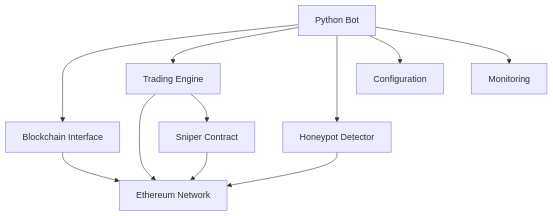
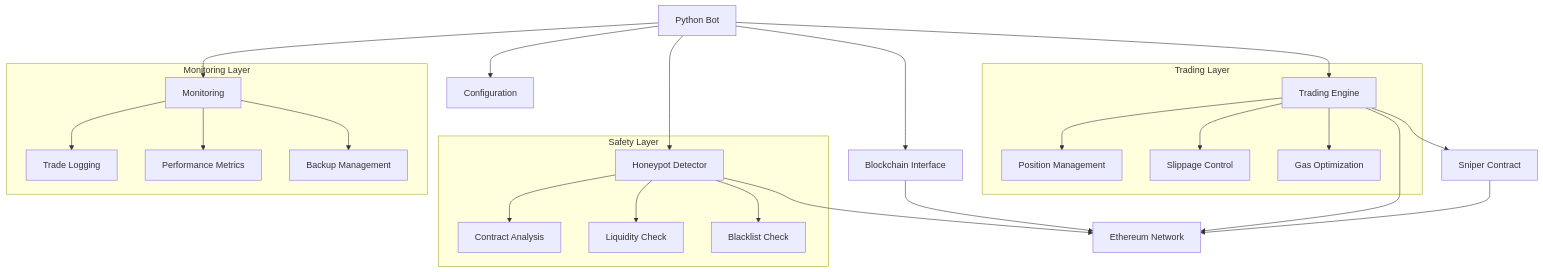
One commit to aljazfrancic/crypto-sniping-bot changed the diagram in docs/architecture.md. Above: the diagram before and after it, drawn with Mermaid. The commit also changed other lines of this file and 2 other files, not shown here.

````diff
--- a/docs/architecture.md
+++ b/docs/architecture.md
@@ -9,15 +9,33 @@
 ```mermaid
 graph TD
     A[Python Bot] --> B[Blockchain Interface]
     A --> C[Trading Engine]
     A --> D[Honeypot Detector]
     A --> E[Configuration]
     A --> F[Monitoring]
     
     B --> G[Ethereum Network]
     C --> G
     D --> G
     
     C --> H[Sniper Contract]
     H --> G
+
+    subgraph "Safety Layer"
+        D --> I[Contract Analysis]
+        D --> J[Liquidity Check]
+        D --> K[Blacklist Check]
+    end
+
+    subgraph "Trading Layer"
+        C --> L[Position Management]
+        C --> M[Slippage Control]
+        C --> N[Gas Optimization]
+    end
+
+    subgraph "Monitoring Layer"
+        F --> O[Trade Logging]
+        F --> P[Performance Metrics]
+        F --> Q[Backup Management]
+    end
 ```
````
